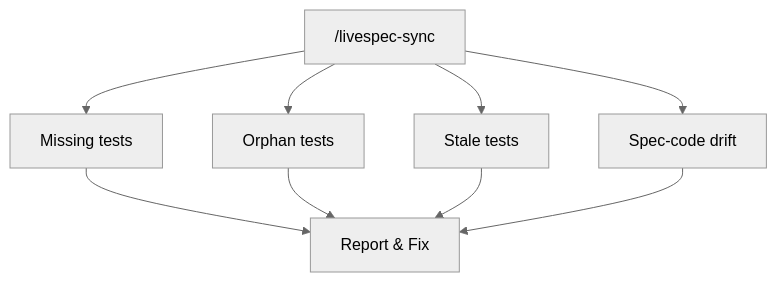
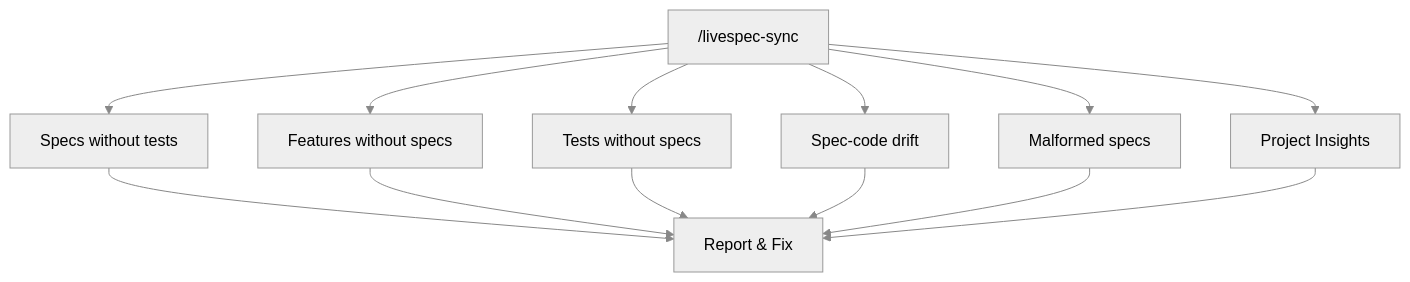
The diagram in assets/livespec-sync.mmd (ftzi/livespec), drawn with Mermaid before and after one commit. The commit also changed 11 other files, not shown here.

```diff
--- a/assets/livespec-sync.mmd
+++ b/assets/livespec-sync.mmd
@@ -1,10 +1,14 @@
-%%{init: {'theme': 'neutral', 'themeVariables': { 'lineColor': '#666666', 'primaryTextColor': '#333333', 'primaryColor': '#e8e8e8', 'primaryBorderColor': '#999999' }}}%%
+%%{init: {'theme': 'neutral', 'themeVariables': { 'lineColor': '#888888', 'primaryTextColor': '#333333', 'primaryColor': '#e8e8e8', 'primaryBorderColor': '#999999', 'edgeLabelBackground': '#e8e8e8' }}}%%
 flowchart TD
-    A["/livespec-sync"] --> B[Missing tests]
-    A --> C[Orphan tests]
-    A --> D[Stale tests]
+    A["/livespec-sync"] --> B[Specs without tests]
+    A --> C[Features without specs]
+    A --> D[Tests without specs]
     A --> E[Spec-code drift]
+    A --> G[Malformed specs]
+    A --> I[Project Insights]
     B --> F[Report & Fix]
     C --> F
     D --> F
     E --> F
+    G --> F
+    I --> F
```
